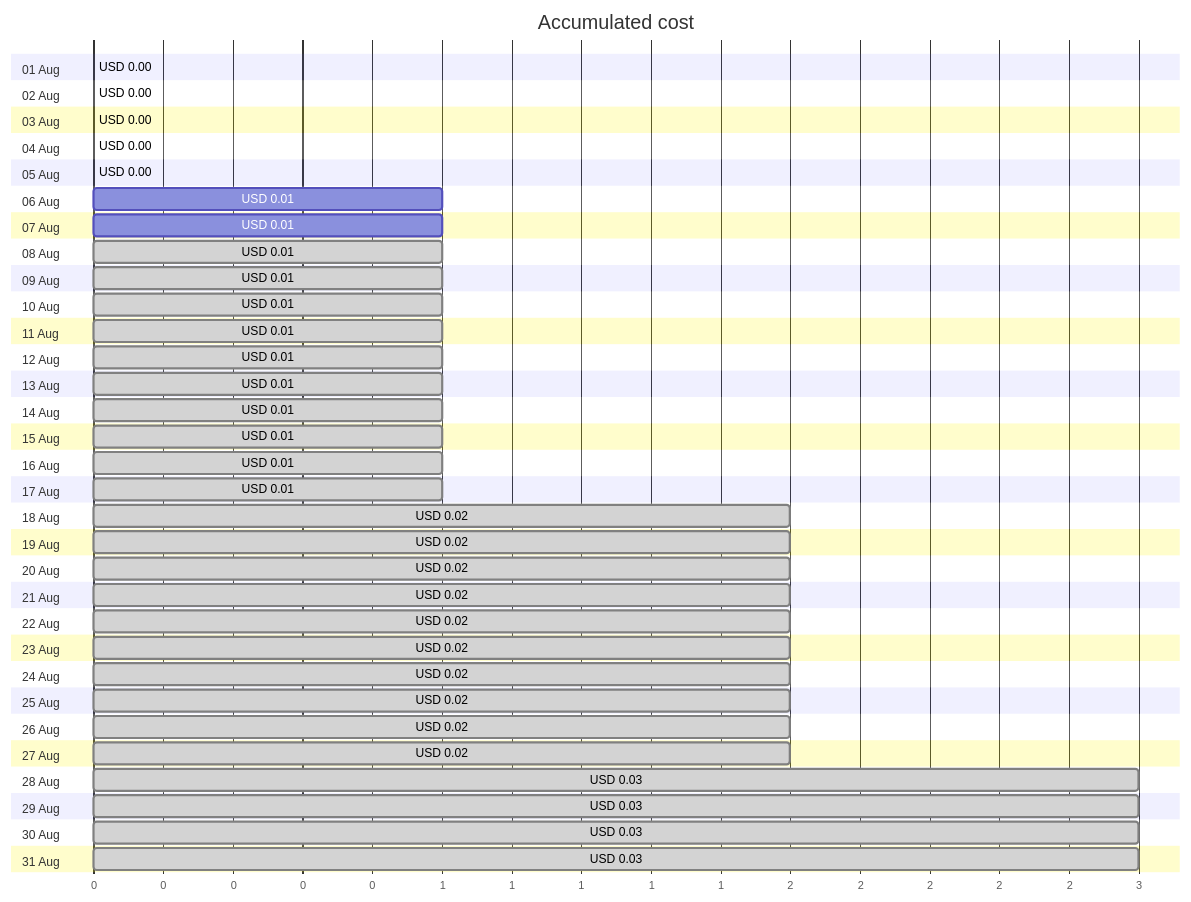
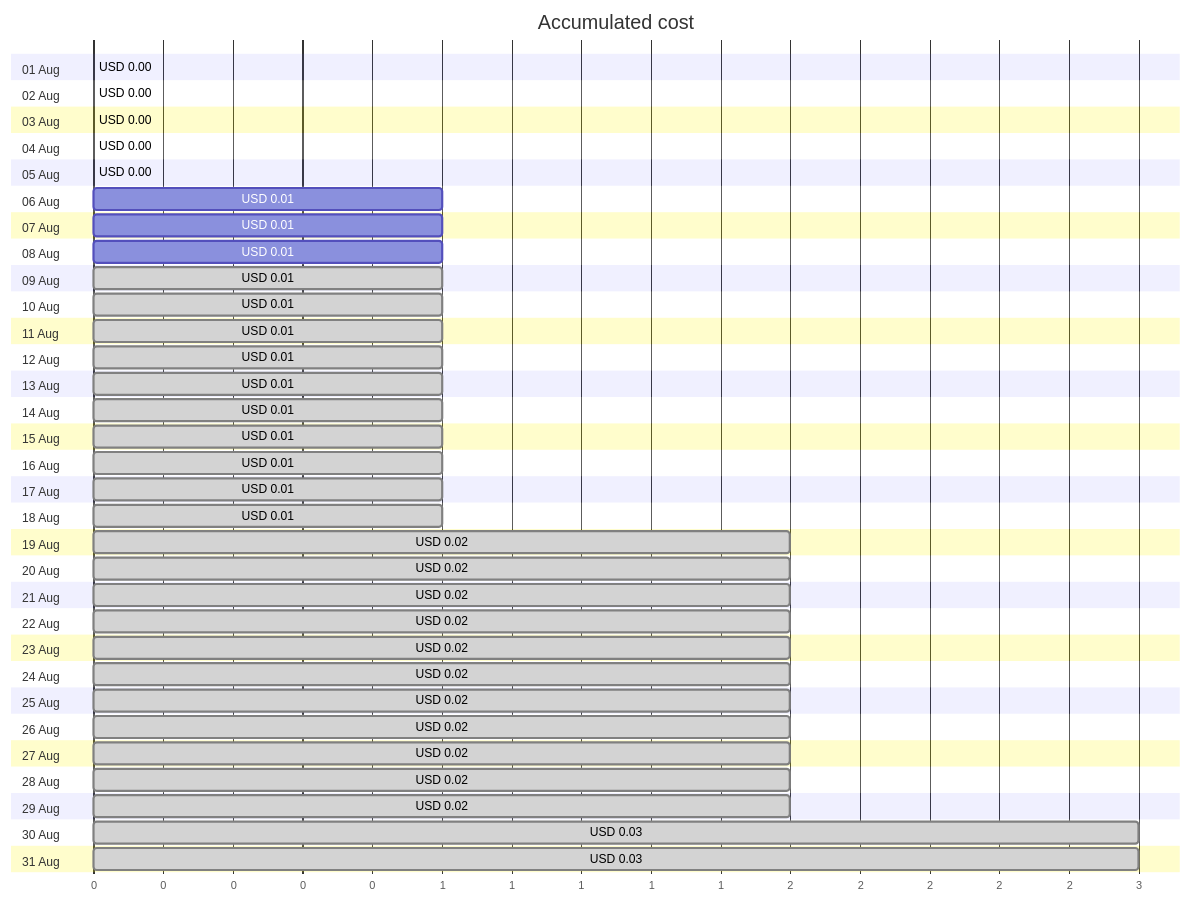
One commit to jpfulton/azure-personal-reports changed the first of 4 diagrams in cost-reports/personal-site/personalsiteapistorage.md. Above: the diagram before and after it, drawn with Mermaid. The commit also changed other lines of this file and 6 other files, not shown here.

````diff
--- a/cost-reports/personal-site/personalsiteapistorage.md
+++ b/cost-reports/personal-site/personalsiteapistorage.md
@@ -20,68 +20,68 @@
 ```mermaid
 gantt
    title Accumulated cost
    dateFormat  X
    axisFormat %s
    section 01 Aug
    USD 0.00 :0, 0
    section 02 Aug
    USD 0.00 :0, 0
    section 03 Aug
    USD 0.00 :0, 0
    section 04 Aug
    USD 0.00 :0, 0
    section 05 Aug
    USD 0.00 :0, 0
    section 06 Aug
    USD 0.01 :0, 1
    section 07 Aug
    USD 0.01 :0, 1
    section 08 Aug
-   USD 0.01 : done, 0, 1
+   USD 0.01 :0, 1
    section 09 Aug
    USD 0.01 : done, 0, 1
    section 10 Aug
    USD 0.01 : done, 0, 1
    section 11 Aug
    USD 0.01 : done, 0, 1
    section 12 Aug
    USD 0.01 : done, 0, 1
    section 13 Aug
    USD 0.01 : done, 0, 1
    section 14 Aug
    USD 0.01 : done, 0, 1
    section 15 Aug
    USD 0.01 : done, 0, 1
    section 16 Aug
    USD 0.01 : done, 0, 1
    section 17 Aug
    USD 0.01 : done, 0, 1
    section 18 Aug
-   USD 0.02 : done, 0, 2
+   USD 0.01 : done, 0, 1
    section 19 Aug
    USD 0.02 : done, 0, 2
    section 20 Aug
    USD 0.02 : done, 0, 2
    section 21 Aug
    USD 0.02 : done, 0, 2
    section 22 Aug
    USD 0.02 : done, 0, 2
    section 23 Aug
    USD 0.02 : done, 0, 2
    section 24 Aug
    USD 0.02 : done, 0, 2
    section 25 Aug
    USD 0.02 : done, 0, 2
    section 26 Aug
    USD 0.02 : done, 0, 2
    section 27 Aug
    USD 0.02 : done, 0, 2
    section 28 Aug
-   USD 0.03 : done, 0, 3
+   USD 0.02 : done, 0, 2
    section 29 Aug
-   USD 0.03 : done, 0, 3
+   USD 0.02 : done, 0, 2
    section 30 Aug
    USD 0.03 : done, 0, 3
    section 31 Aug
    USD 0.03 : done, 0, 3
 ```
````
